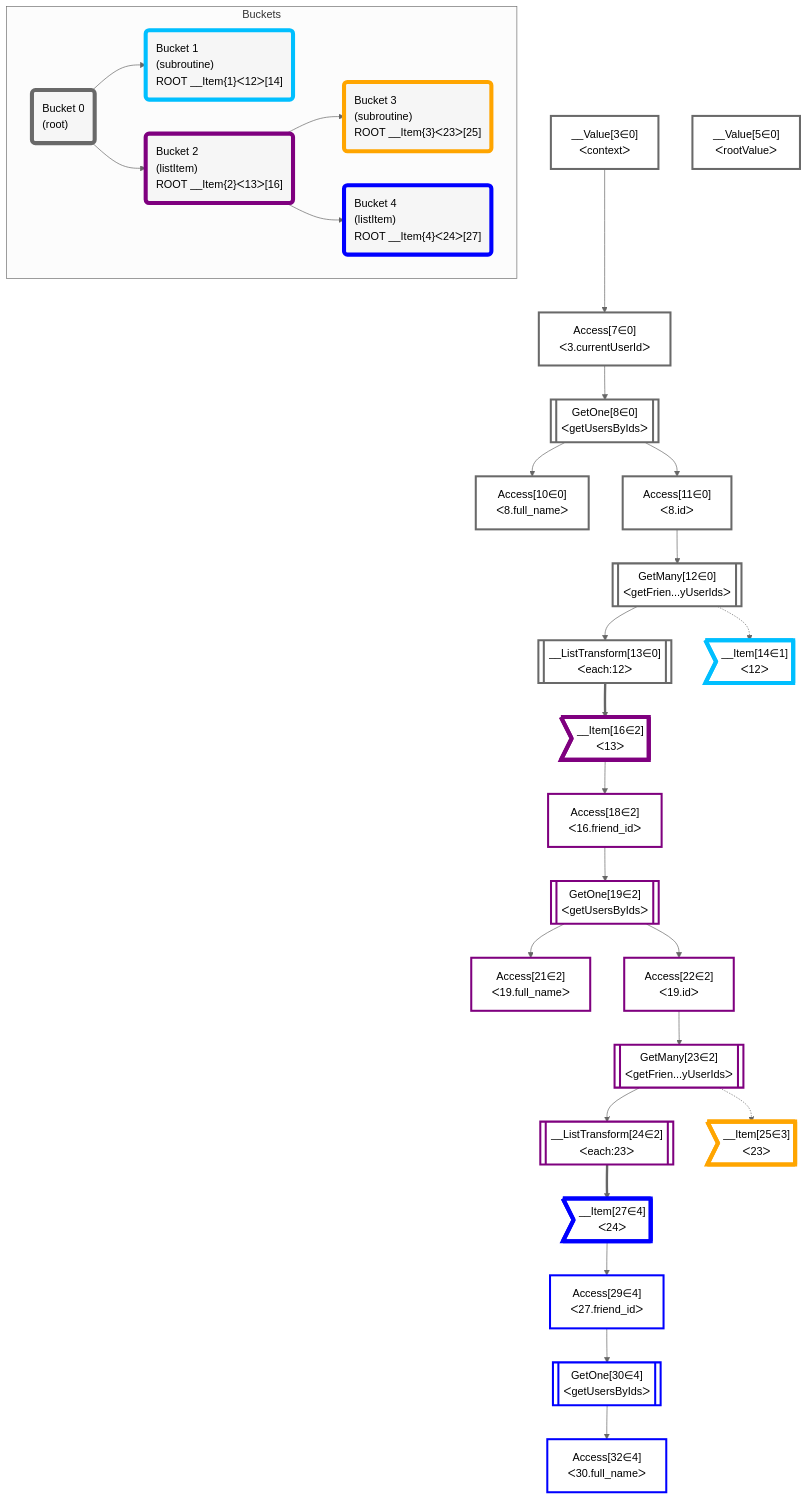
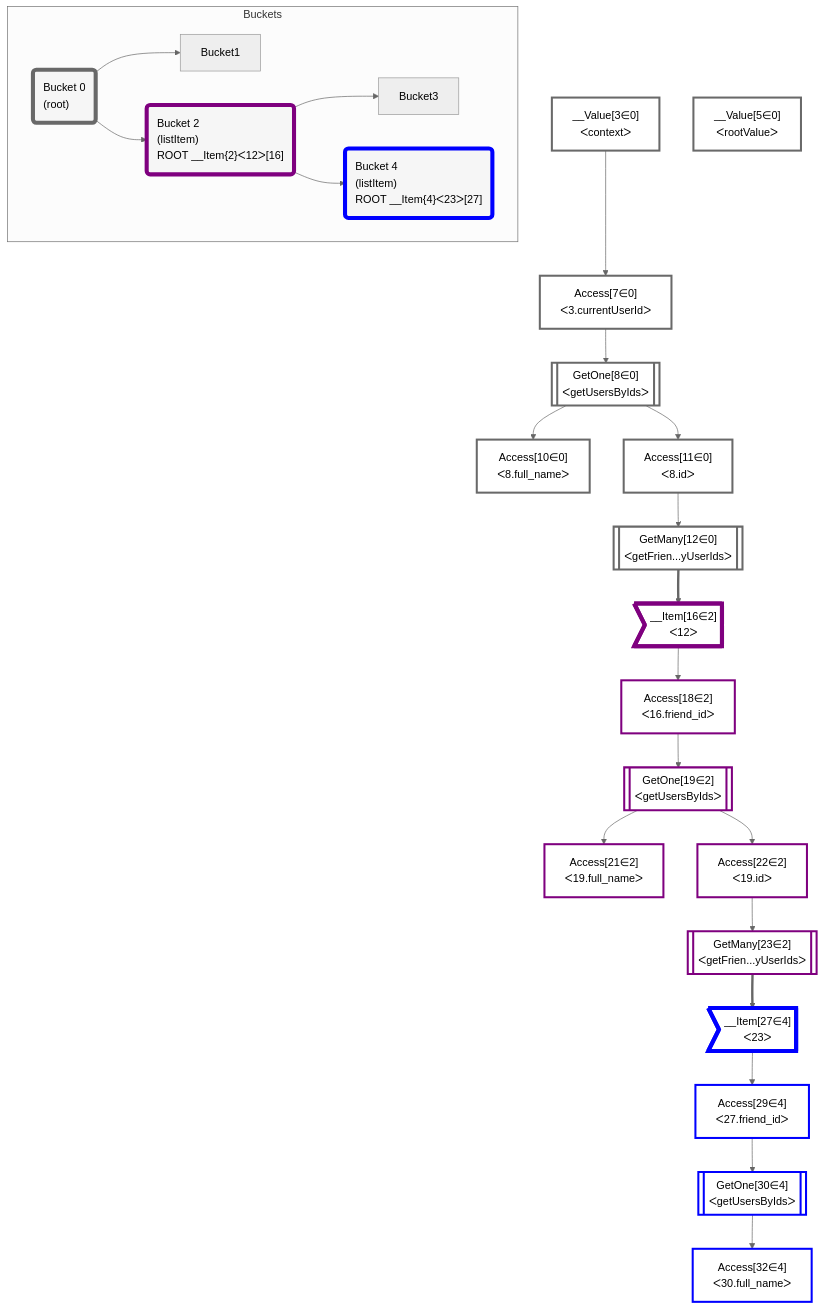
Before and after one commit to graphile/crystal: the diagram in grafast/website/examples/users-and-friends/plan.mermaid, drawn with Mermaid (neutral theme). The commit also changed 4 other files, not shown here.

```diff
--- a/grafast/website/examples/users-and-friends/plan.mermaid
+++ b/grafast/website/examples/users-and-friends/plan.mermaid
@@ -1,71 +1,57 @@
 flowchart TD
     classDef path fill:#eee,stroke:#000,color:#000
     classDef plan fill:#fff,stroke-width:3px,color:#000
     classDef itemplan fill:#fff,stroke-width:6px,color:#000
     classDef sideeffectplan fill:#f00,stroke-width:6px,color:#000
     classDef bucket fill:#f6f6f6,color:#000,stroke-width:6px,text-align:left
 
 
     %% define steps
     __Value3["__Value[3∈0]<br />ᐸcontextᐳ"]:::plan
     __Value5["__Value[5∈0]<br />ᐸrootValueᐳ"]:::plan
     Access7["Access[7∈0]<br />ᐸ3.currentUserIdᐳ"]:::plan
     GetOne8[["GetOne[8∈0]<br />ᐸgetUsersByIdsᐳ"]]:::plan
     Access10["Access[10∈0]<br />ᐸ8.full_nameᐳ"]:::plan
     Access11["Access[11∈0]<br />ᐸ8.idᐳ"]:::plan
     GetMany12[["GetMany[12∈0]<br />ᐸgetFrien...yUserIdsᐳ"]]:::plan
-    __ListTransform13[["__ListTransform[13∈0]<br />ᐸeach:12ᐳ"]]:::plan
-    __Item14>"__Item[14∈1]<br />ᐸ12ᐳ"]:::itemplan
-    __Item16>"__Item[16∈2]<br />ᐸ13ᐳ"]:::itemplan
+    __Item16>"__Item[16∈2]<br />ᐸ12ᐳ"]:::itemplan
     Access18["Access[18∈2]<br />ᐸ16.friend_idᐳ"]:::plan
     GetOne19[["GetOne[19∈2]<br />ᐸgetUsersByIdsᐳ"]]:::plan
     Access21["Access[21∈2]<br />ᐸ19.full_nameᐳ"]:::plan
     Access22["Access[22∈2]<br />ᐸ19.idᐳ"]:::plan
     GetMany23[["GetMany[23∈2]<br />ᐸgetFrien...yUserIdsᐳ"]]:::plan
-    __ListTransform24[["__ListTransform[24∈2]<br />ᐸeach:23ᐳ"]]:::plan
-    __Item25>"__Item[25∈3]<br />ᐸ23ᐳ"]:::itemplan
-    __Item27>"__Item[27∈4]<br />ᐸ24ᐳ"]:::itemplan
+    __Item27>"__Item[27∈4]<br />ᐸ23ᐳ"]:::itemplan
     Access29["Access[29∈4]<br />ᐸ27.friend_idᐳ"]:::plan
     GetOne30[["GetOne[30∈4]<br />ᐸgetUsersByIdsᐳ"]]:::plan
     Access32["Access[32∈4]<br />ᐸ30.full_nameᐳ"]:::plan
 
     %% plan dependencies
     __Value3 --> Access7
     Access7 --> GetOne8
     GetOne8 --> Access10
     GetOne8 --> Access11
     Access11 --> GetMany12
-    GetMany12 --> __ListTransform13
-    GetMany12 -.-> __Item14
-    __ListTransform13 ==> __Item16
+    GetMany12 ==> __Item16
     __Item16 --> Access18
     Access18 --> GetOne19
     GetOne19 --> Access21
     GetOne19 --> Access22
     Access22 --> GetMany23
-    GetMany23 --> __ListTransform24
-    GetMany23 -.-> __Item25
-    __ListTransform24 ==> __Item27
+    GetMany23 ==> __Item27
     __Item27 --> Access29
     Access29 --> GetOne30
     GetOne30 --> Access32
 
     subgraph Buckets
     Bucket0("Bucket 0<br />(root)"):::bucket
     classDef bucket0 stroke:#696969
-    class Bucket0,__Value3,__Value5,Access7,GetOne8,Access10,Access11,GetMany12,__ListTransform13 bucket0
-    Bucket1("Bucket 1<br />(subroutine)<br />ROOT __Item{1}ᐸ12ᐳ[14]"):::bucket
-    classDef bucket1 stroke:#00bfff
-    class Bucket1,__Item14 bucket1
-    Bucket2("Bucket 2<br />(listItem)<br />ROOT __Item{2}ᐸ13ᐳ[16]"):::bucket
+    class Bucket0,__Value3,__Value5,Access7,GetOne8,Access10,Access11,GetMany12 bucket0
+    Bucket2("Bucket 2<br />(listItem)<br />ROOT __Item{2}ᐸ12ᐳ[16]"):::bucket
     classDef bucket2 stroke:#7f007f
-    class Bucket2,__Item16,Access18,GetOne19,Access21,Access22,GetMany23,__ListTransform24 bucket2
-    Bucket3("Bucket 3<br />(subroutine)<br />ROOT __Item{3}ᐸ23ᐳ[25]"):::bucket
-    classDef bucket3 stroke:#ffa500
-    class Bucket3,__Item25 bucket3
-    Bucket4("Bucket 4<br />(listItem)<br />ROOT __Item{4}ᐸ24ᐳ[27]"):::bucket
+    class Bucket2,__Item16,Access18,GetOne19,Access21,Access22,GetMany23 bucket2
+    Bucket4("Bucket 4<br />(listItem)<br />ROOT __Item{4}ᐸ23ᐳ[27]"):::bucket
     classDef bucket4 stroke:#0000ff
     class Bucket4,__Item27,Access29,GetOne30,Access32 bucket4
     Bucket0 --> Bucket1 & Bucket2
     Bucket2 --> Bucket3 & Bucket4
     end
```
